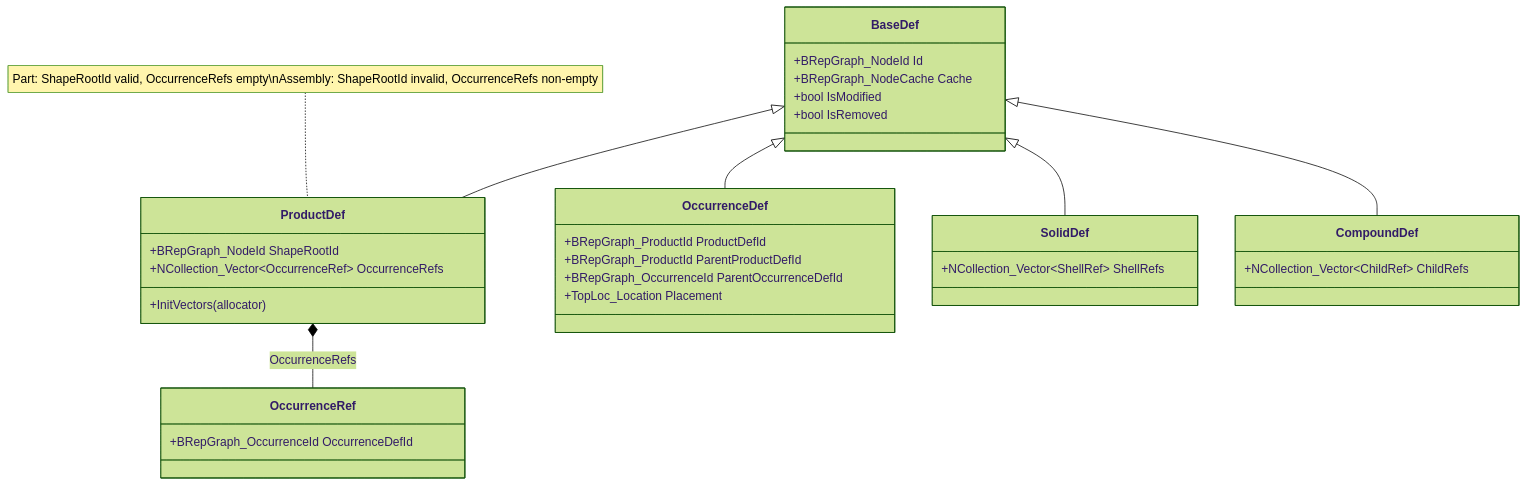
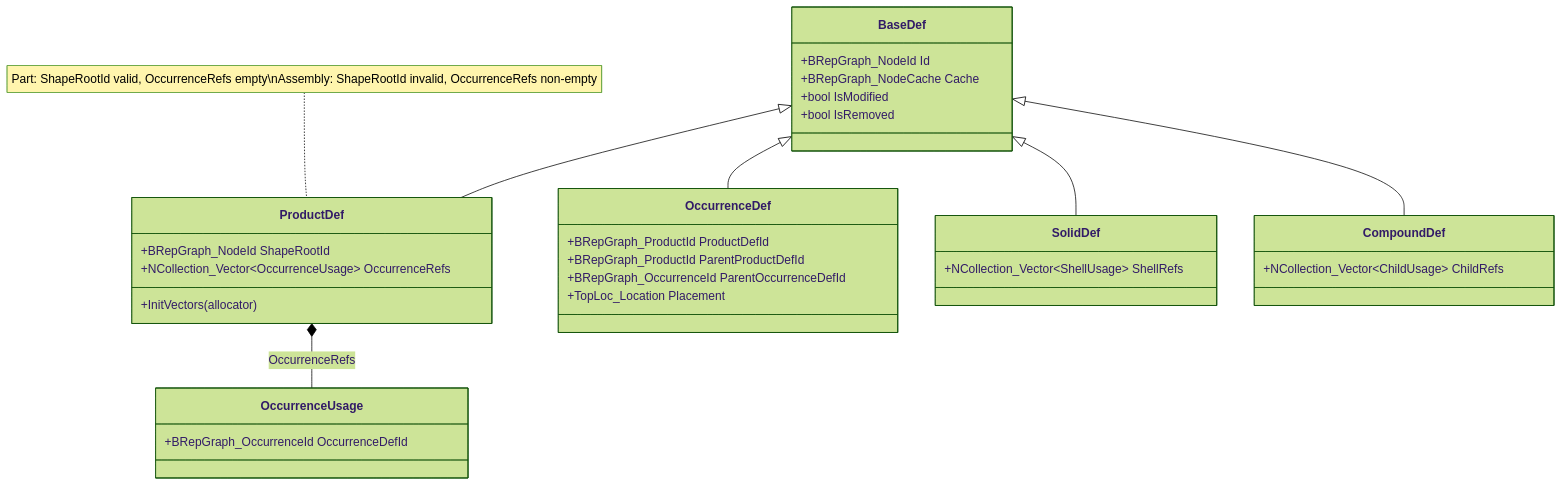
One commit to Open-Cascade-SAS/OCCT changed the fifth of 9 diagrams in src/ModelingData/TKBRep/BRepGraph/TODO_Assembly_Visualization.md. Above: the diagram before and after it, drawn with Mermaid (forest theme). The commit also changed other lines of this file and 64 other files, not shown here.

````diff
--- a/src/ModelingData/TKBRep/BRepGraph/TODO_Assembly_Visualization.md
+++ b/src/ModelingData/TKBRep/BRepGraph/TODO_Assembly_Visualization.md
@@ -186,42 +186,42 @@
 ```mermaid
 classDiagram
     class BaseDef {
         +BRepGraph_NodeId Id
         +BRepGraph_NodeCache Cache
         +bool IsModified
         +bool IsRemoved
     }
 
     class ProductDef {
         +BRepGraph_NodeId ShapeRootId
-        +NCollection_Vector~OccurrenceRef~ OccurrenceRefs
+        +NCollection_Vector~OccurrenceUsage~ OccurrenceRefs
         +InitVectors(allocator)
     }
 
     class OccurrenceDef {
         +BRepGraph_ProductId ProductDefId
         +BRepGraph_ProductId ParentProductDefId
         +BRepGraph_OccurrenceId ParentOccurrenceDefId
         +TopLoc_Location Placement
     }
 
-    class OccurrenceRef {
+    class OccurrenceUsage {
         +BRepGraph_OccurrenceId OccurrenceDefId
     }
 
     BaseDef <|-- ProductDef
     BaseDef <|-- OccurrenceDef
-    ProductDef *-- OccurrenceRef : OccurrenceRefs
+    ProductDef *-- OccurrenceUsage : OccurrenceRefs
 
     class SolidDef {
-        +NCollection_Vector~ShellRef~ ShellRefs
+        +NCollection_Vector~ShellUsage~ ShellRefs
     }
     class CompoundDef {
-        +NCollection_Vector~ChildRef~ ChildRefs
+        +NCollection_Vector~ChildUsage~ ChildRefs
     }
 
     BaseDef <|-- SolidDef
     BaseDef <|-- CompoundDef
 
     note for ProductDef "Part: ShapeRootId valid, OccurrenceRefs empty\nAssembly: ShapeRootId invalid, OccurrenceRefs non-empty"
 ```
````
